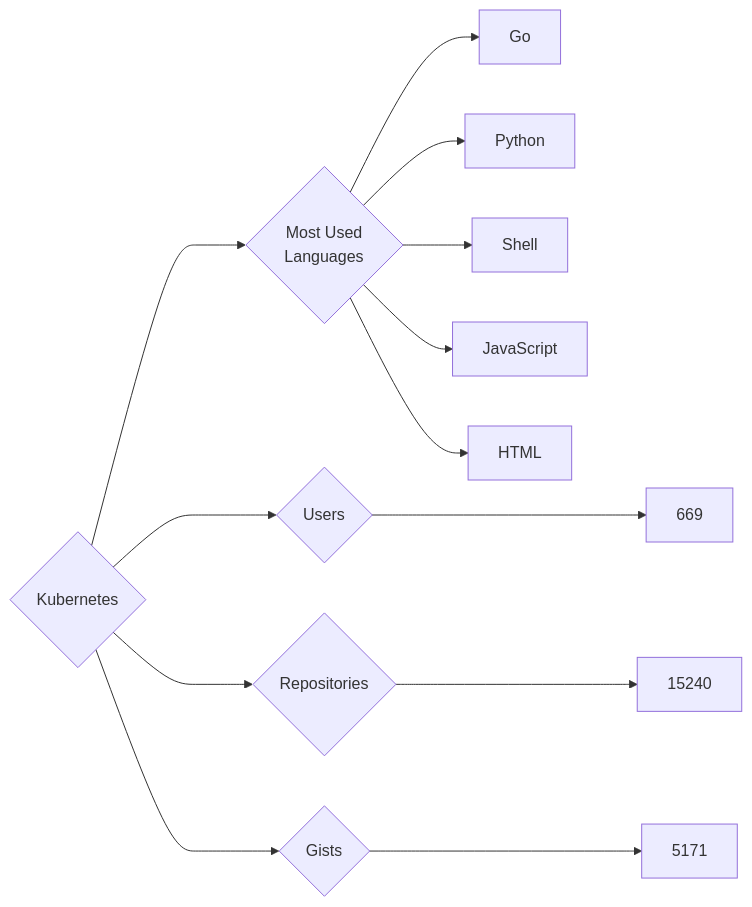
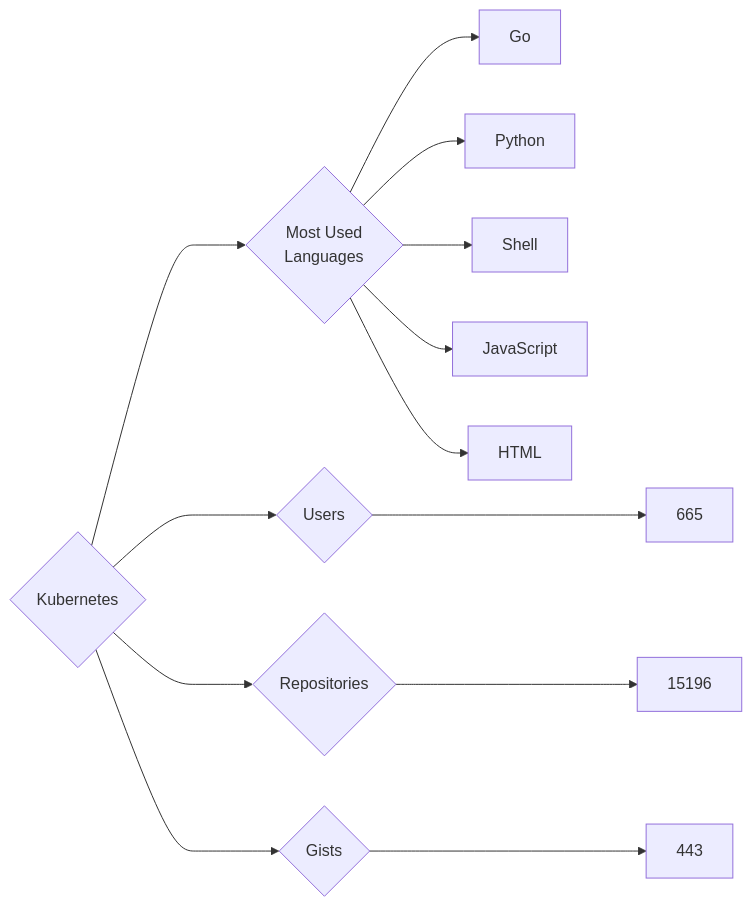
Before and after one commit to trickest/insiders: the diagram in targets/Kubernetes/README.md, drawn with Mermaid. The commit also changed 809 other files, not shown here.

````diff
--- a/targets/Kubernetes/README.md
+++ b/targets/Kubernetes/README.md
@@ -3,13 +3,13 @@
 ```mermaid
 graph LR
 COMPANY_NAME{Kubernetes}
-COMPANY_NAME ---> U{Users} ---> UN[669]
-COMPANY_NAME ---> R{Repositories} ---> RN[15240]
-COMPANY_NAME ---> G{Gists} ---> GN[5171]
+COMPANY_NAME ---> U{Users} ---> UN[665]
+COMPANY_NAME ---> R{Repositories} ---> RN[15196]
+COMPANY_NAME ---> G{Gists} ---> GN[443]
 COMPANY_NAME ---> ML{Most Used<br>Languages}
 ML --> Go[Go]
 ML --> Python[Python]
 ML --> Shell[Shell]
 ML --> JavaScript[JavaScript]
 ML --> HTML[HTML]
 ```
````
